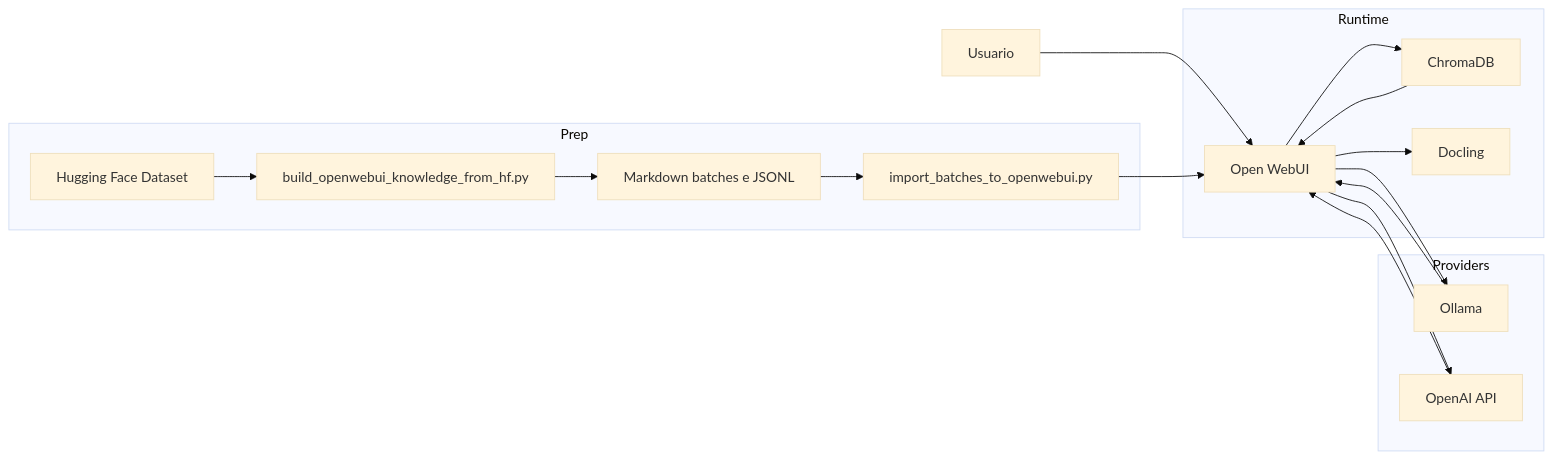
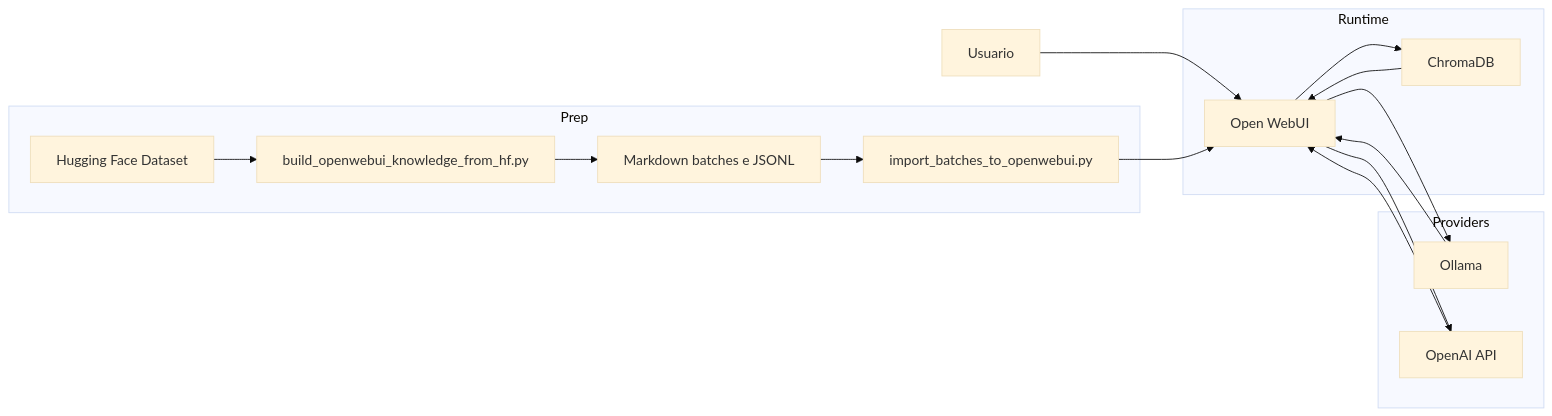
One commit to fabriciosantana/mcdia changed the first of 2 diagrams in 05-iag/4-project/README.md. Above: the diagram before and after it, drawn with Mermaid (base theme). The commit also changed other lines of this file and 1 other file, not shown here.

Commit message:
sem docling

````diff
--- a/05-iag/4-project/README.md
+++ b/05-iag/4-project/README.md
@@ -61,36 +60,34 @@
 ```mermaid
 flowchart LR
     U[Usuario] --> W[Open WebUI]
 
     subgraph Runtime
         W
         C[ChromaDB]
-        D[Docling]
     end
 
     subgraph Providers
         O[Ollama]
         A[OpenAI API]
     end
 
     subgraph Prep
         H[Hugging Face Dataset]
         B[build_openwebui_knowledge_from_hf.py]
         M[Markdown batches e JSONL]
         I[import_batches_to_openwebui.py]
     end
 
     H --> B
     B --> M
     M --> I
     I --> W
 
     W --> C
-    W --> D
     W --> O
     W --> A
 
     C --> W
     O --> W
     A --> W
 ```
````
